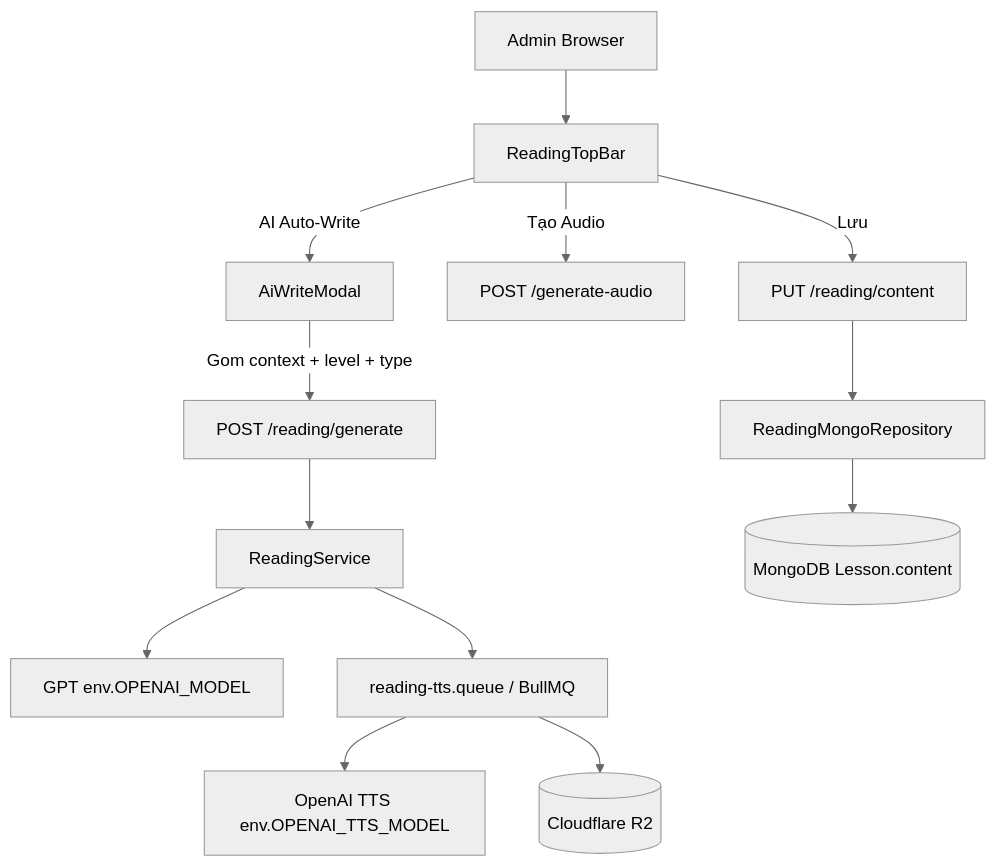
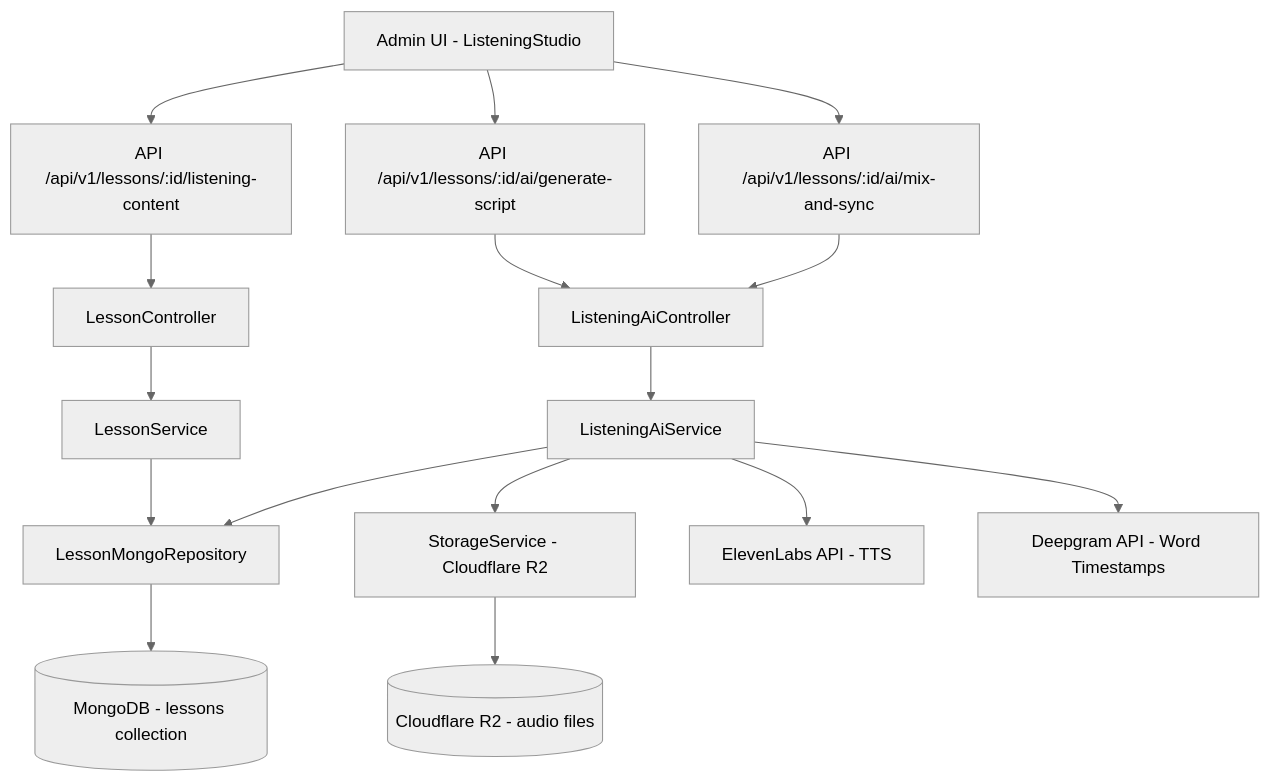
The first of 2 diagrams in .agent/plan.md (nguyen-le-huy/unilish), drawn with Mermaid (neutral theme) before and after one commit. The commit also changed other lines of this file and 46 other files, not shown here.

Commit message:
listening management admin

````diff
--- a/.agent/plan.md
+++ b/.agent/plan.md
@@ -14,17 +12,22 @@
 ```mermaid
 graph TD
-    Admin[Admin Browser] --> TopBar[ReadingTopBar]
-    TopBar -->|AI Auto-Write| AiModal[AiWriteModal]
-    TopBar -->|Tạo Audio| API_AUDIO[POST /generate-audio]
-    TopBar -->|Lưu| API_SAVE[PUT /reading/content]
+    A[Admin UI - ListeningStudio] --> B[API /api/v1/lessons/:id/listening-content]
+    A --> C[API /api/v1/lessons/:id/ai/generate-script]
+    A --> D[API /api/v1/lessons/:id/ai/mix-and-sync]
 
-    AiModal -->|Gom context + level + type| API_GEN[POST /reading/generate]
-    API_GEN --> ReadingService[ReadingService]
-    ReadingService --> OpenAI[GPT env.OPENAI_MODEL]
-    ReadingService --> TTS_Queue[reading-tts.queue / BullMQ]
-    TTS_Queue --> OpenAI_TTS[OpenAI TTS env.OPENAI_TTS_MODEL]
-    TTS_Queue --> R2[(Cloudflare R2)]
+    B --> E[LessonController]
+    C --> F[ListeningAiController]
+    D --> F
 
-    API_SAVE --> ReadingRepo[ReadingMongoRepository]
-    ReadingRepo --> MongoDB[(MongoDB Lesson.content)]
+    E --> G[LessonService]
+    F --> H[ListeningAiService]
+
+    G --> I[LessonMongoRepository]
+    H --> I
+    H --> J[StorageService - Cloudflare R2]
+    H --> K[ElevenLabs API - TTS]
+    H --> L[Deepgram API - Word Timestamps]
+
+    I --> M[(MongoDB - lessons collection)]
+    J --> N[(Cloudflare R2 - audio files)]
 ```
````
